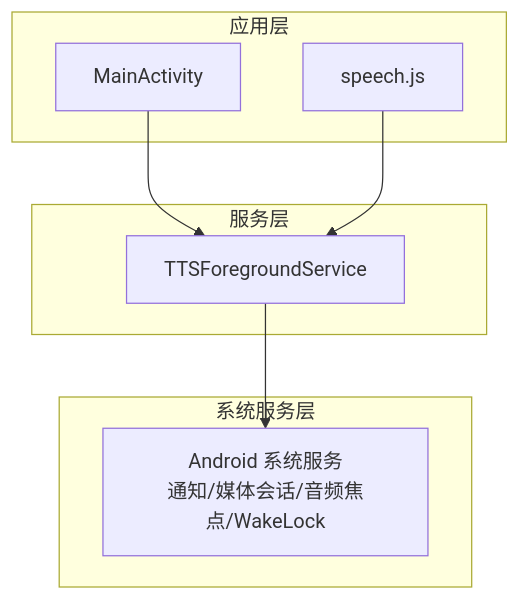
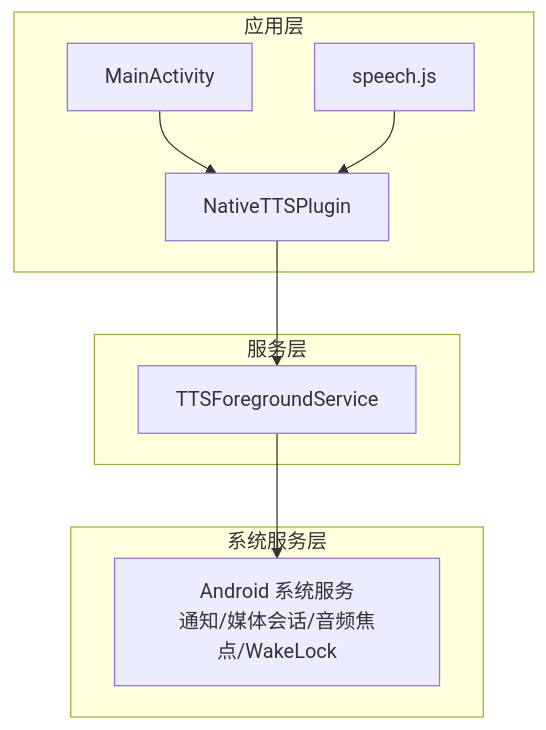
Before and after one commit to zhao-zg/cx: the first of 5 diagrams in .qoder/repowiki/zh/content/移动应用开发/服务管理.md, drawn with Mermaid. The commit also changed other lines of this file and 30 other files, not shown here.

````diff
--- a/.qoder/repowiki/zh/content/移动应用开发/服务管理.md
+++ b/.qoder/repowiki/zh/content/移动应用开发/服务管理.md
@@ -43,16 +45,18 @@
 ```mermaid
 graph TB
 subgraph "应用层"
 MA["MainActivity"]
 SP["speech.js"]
+NTP["NativeTTSPlugin"]
 end
 subgraph "服务层"
 SVC["TTSForegroundService"]
 end
 subgraph "系统服务层"
 SYS["Android 系统服务<br/>通知/媒体会话/音频焦点/WakeLock"]
 end
-MA --> SVC
-SP --> SVC
+MA --> NTP
+SP --> NTP
+NTP --> SVC
 SVC --> SYS
 ```
````
